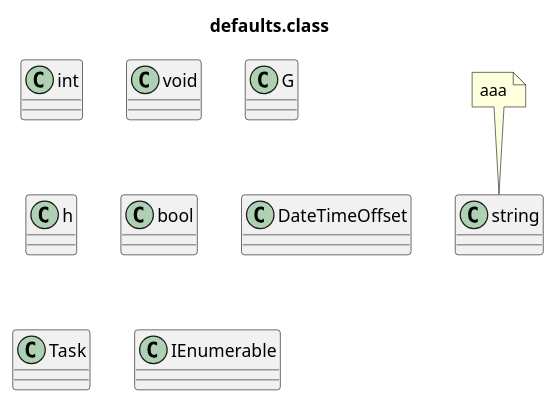
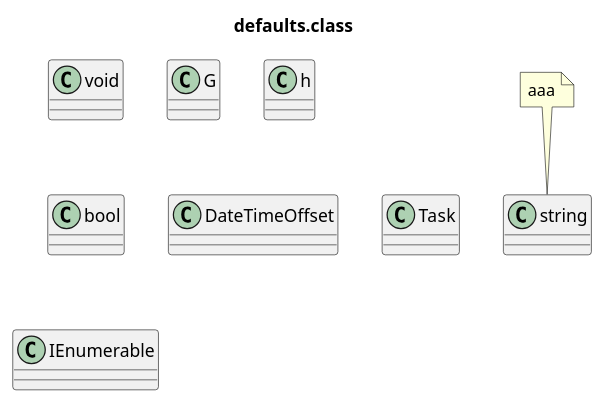
Before and after one commit to AnQueth/PlantUMLEditor: the diagram in testdocs/defaults.class.puml, drawn with PlantUML. The commit also changed 23 other files, not shown here.

```diff
--- a/testdocs/defaults.class.puml
+++ b/testdocs/defaults.class.puml
@@ -1,28 +1,27 @@
 @startuml
 title defaults.class
-class int { 
- } 
+ 
 class void { 
  } 
 class G { 
  } 
 class string { 
  } 
 note top of string
 aaa
 end note
 
 'aaaa fgggg
 class h { 
  } 
 class bool { 
  } 
 class DateTimeOffset { 
  } 
 class Task { 
  } 
 class IEnumerable { 
  } 
  
 
 @enduml
```
